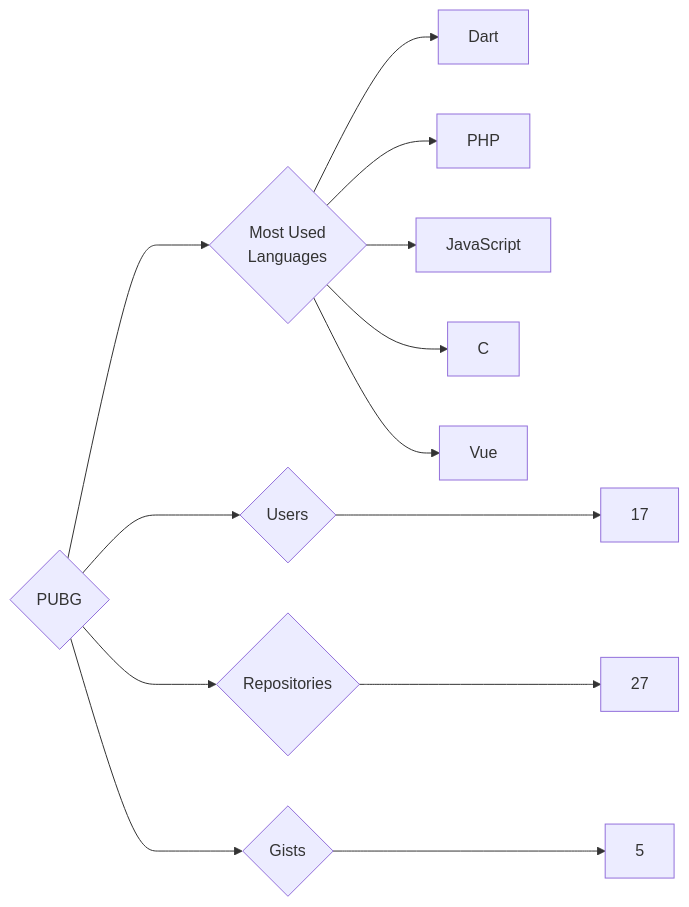
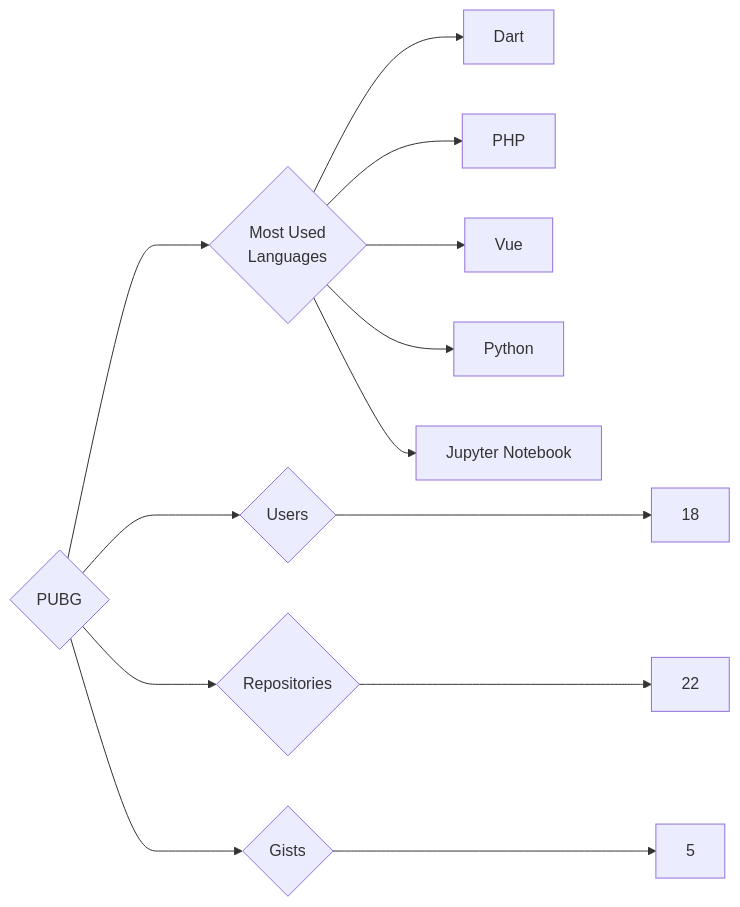
One commit to trickest/insiders changed the diagram in targets/PUBG/README.md. Above: the diagram before and after it, drawn with Mermaid. The commit also changed 823 other files, not shown here.

````diff
--- a/targets/PUBG/README.md
+++ b/targets/PUBG/README.md
@@ -3,13 +3,13 @@
 ```mermaid
 graph LR
 COMPANY_NAME{PUBG}
-COMPANY_NAME ---> U{Users} ---> UN[17]
-COMPANY_NAME ---> R{Repositories} ---> RN[27]
+COMPANY_NAME ---> U{Users} ---> UN[18]
+COMPANY_NAME ---> R{Repositories} ---> RN[22]
 COMPANY_NAME ---> G{Gists} ---> GN[5]
 COMPANY_NAME ---> ML{Most Used<br>Languages}
 ML --> Dart[Dart]
 ML --> PHP[PHP]
-ML --> JavaScript[JavaScript]
-ML --> C[C]
 ML --> Vue[Vue]
+ML --> Python[Python]
+ML --> Jupyter_Notebook[Jupyter Notebook]
 ```
````
